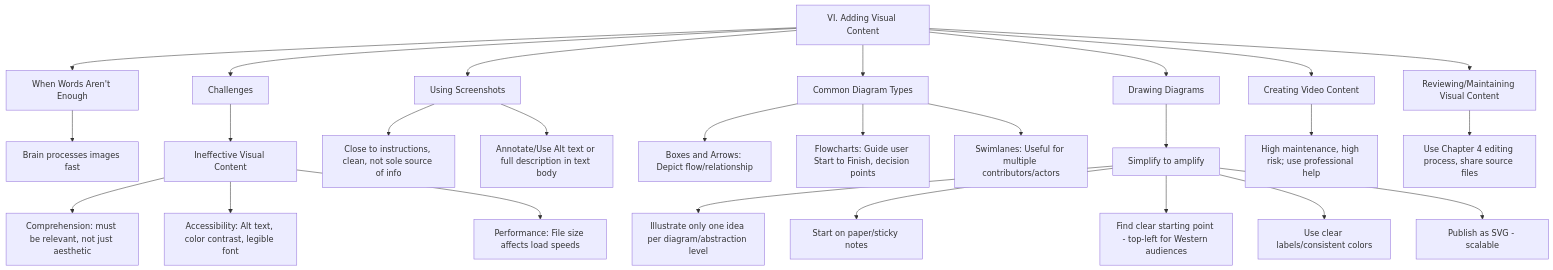
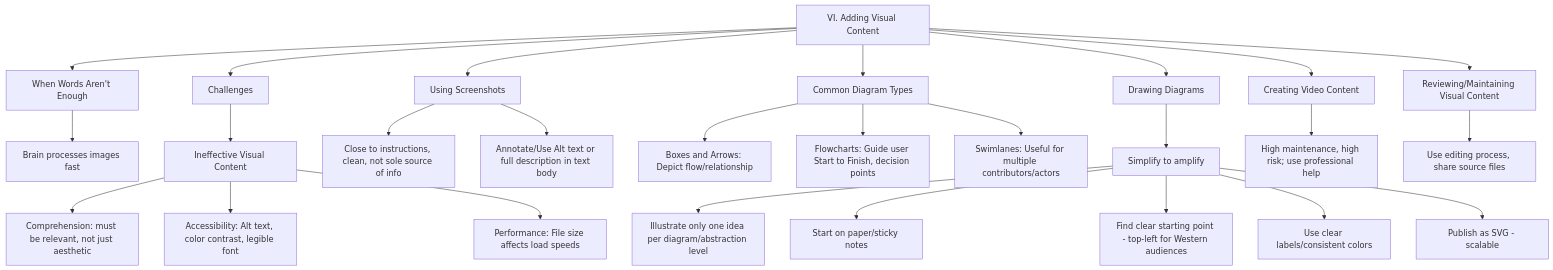
Before and after one commit to rozeappletree/tech-documentation: the sixth of 6 diagrams in README.md, drawn with Mermaid.

````diff
--- a/README.md
+++ b/README.md
@@ -268,35 +268,35 @@
 ```mermaid
 graph TD
     A[VI. Adding Visual Content] --> B[When Words Aren't Enough]
     A --> C[Challenges]
     A --> D[Using Screenshots]
     A --> E[Common Diagram Types]
     A --> F[Drawing Diagrams]
     A --> G[Creating Video Content]
     A --> H[Reviewing/Maintaining Visual Content]
     
     B --> B1[Brain processes images fast]
     
     C --> C1[Ineffective Visual Content]
     C1 --> C2[Comprehension: must be relevant, not just aesthetic]
     C1 --> C3[Accessibility: Alt text, color contrast, legible font]
     C1 --> C4[Performance: File size affects load speeds]
     
     D --> D1[Close to instructions, clean, not sole source of info]
     D --> D2[Annotate/Use Alt text or full description in text body]
     
     E --> E1[Boxes and Arrows: Depict flow/relationship]
     E --> E2[Flowcharts: Guide user Start to Finish, decision points]
     E --> E3[Swimlanes: Useful for multiple contributors/actors]
     
     F --> F1[Simplify to amplify]
     F1 --> F2[Illustrate only one idea per diagram/abstraction level]
     F1 --> F3[Start on paper/sticky notes]
     F1 --> F4[Find clear starting point - top-left for Western audiences]
     F1 --> F5[Use clear labels/consistent colors]
     F1 --> F6[Publish as SVG - scalable]
     
     G --> G1[High maintenance, high risk; use professional help]
     
-    H --> H1[Use Chapter 4 editing process, share source files]
+    H --> H1[Use editing process, share source files]
 ```
````
